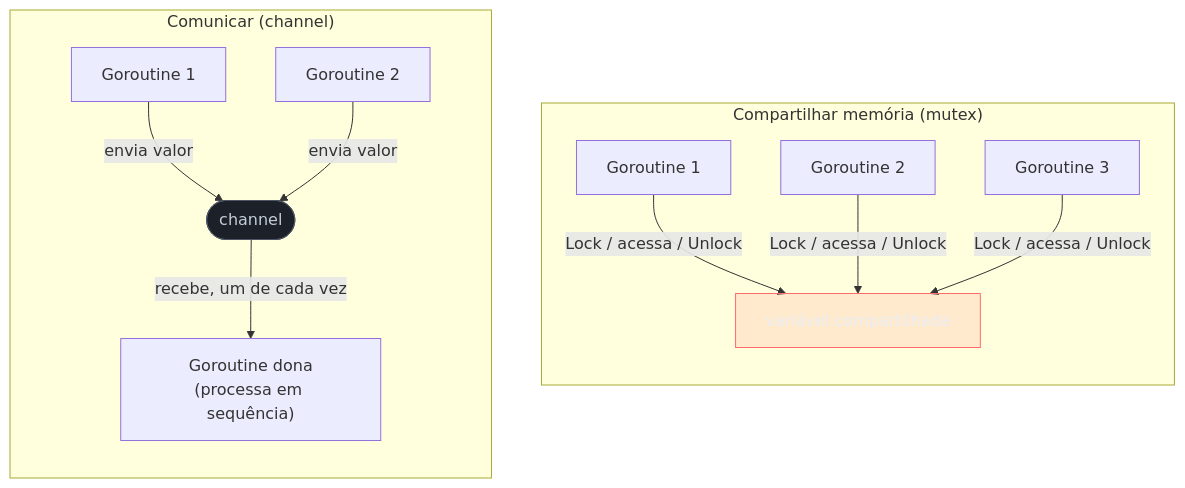
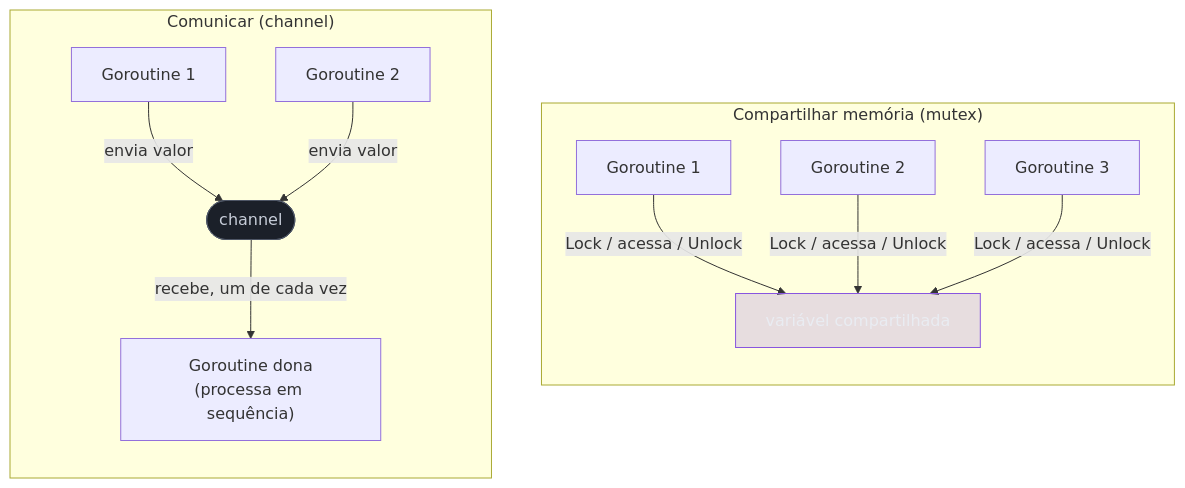
Before and after one commit to josenaldo/codex-technomanticus: the first of 2 diagrams in 03-Dominios/Tecnologia/Go/07 - Goroutines e o scheduler/05 - Comunicar em vez de compartilhar.md, drawn with Mermaid. The commit also changed 601 other files, not shown here.

````diff
--- a/03-Dominios/Tecnologia/Go/07 - Goroutines e o scheduler/05 - Comunicar em vez de compartilhar.md
+++ b/03-Dominios/Tecnologia/Go/07 - Goroutines e o scheduler/05 - Comunicar em vez de compartilhar.md
@@ -65,21 +65,21 @@
 ```mermaid
 flowchart TB
-    classDef falha fill:#FF6B6B24,stroke:#FF6B6B,color:#E9ECF2
+    classDef marca fill:#8855DF33,stroke:#8855DF,color:#E9ECF2
     classDef neutro fill:#1B2029,stroke:#4E5666,color:#C6CCD8
     subgraph A["Compartilhar memória (mutex)"]
         direction TB
         A1["Goroutine 1"] -->|"Lock / acessa / Unlock"| M["variável compartilhada"]
         A2["Goroutine 2"] -->|"Lock / acessa / Unlock"| M
         A3["Goroutine 3"] -->|"Lock / acessa / Unlock"| M
     end
 
     subgraph B["Comunicar (channel)"]
         direction TB
         B1["Goroutine 1"] -->|"envia valor"| C(["channel"])
         B2["Goroutine 2"] -->|"envia valor"| C
         C -->|"recebe, um de cada vez"| B3["Goroutine dona\n(processa em sequência)"]
     end
 
-    class M falha
+    class M marca
     class C neutro
 ```
````
